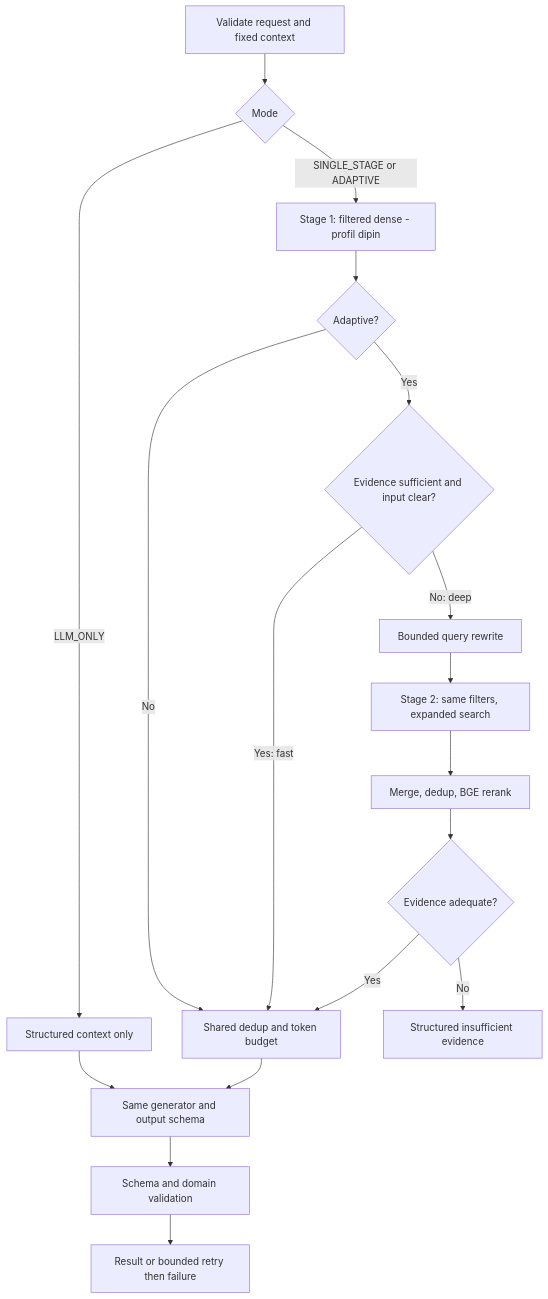
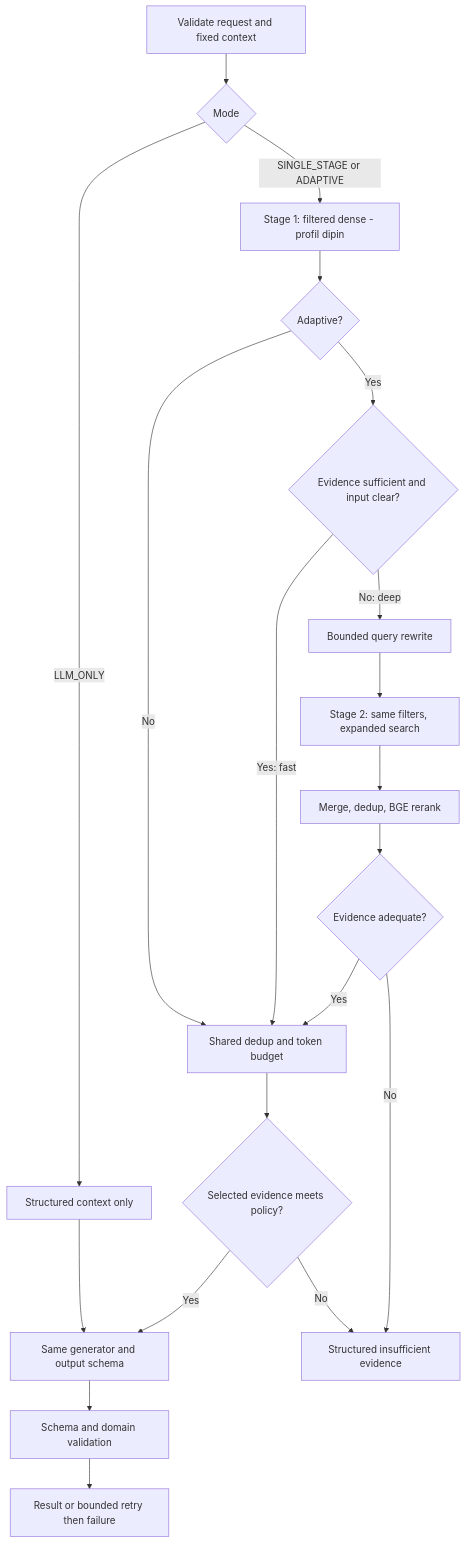
Before and after one commit to bpkcongli/kotoba-hub-rag: the second of 2 diagrams in ARCHITECTURE.md, drawn with Mermaid. The commit also changed other lines of this file and 25 other files, not shown here.

````diff
--- a/ARCHITECTURE.md
+++ b/ARCHITECTURE.md
@@ -245,20 +245,22 @@
 ```mermaid
 flowchart TD
     Request[Validate request and fixed context] --> Mode{Mode}
     Mode -->|LLM_ONLY| Structured[Structured context only]
     Mode -->|SINGLE_STAGE or ADAPTIVE| First[Stage 1: filtered dense - profil dipin]
     First --> Adaptive{Adaptive?}
     Adaptive -->|No| Pack[Shared dedup and token budget]
     Adaptive -->|Yes| Route{Evidence sufficient and input clear?}
     Route -->|Yes: fast| Pack
     Route -->|No: deep| Rewrite[Bounded query rewrite]
     Rewrite --> Second[Stage 2: same filters, expanded search]
     Second --> Rank[Merge, dedup, BGE rerank]
     Rank --> Evidence{Evidence adequate?}
     Evidence -->|Yes| Pack
     Evidence -->|No| Failure[Structured insufficient evidence]
     Structured --> Generate[Same generator and output schema]
-    Pack --> Generate
+    Pack --> ContextGate{Selected evidence meets policy?}
+    ContextGate -->|Yes| Generate
+    ContextGate -->|No| Failure
     Generate --> Validate[Schema and domain validation]
     Validate --> Terminal[Result or bounded retry then failure]
 ```
````
